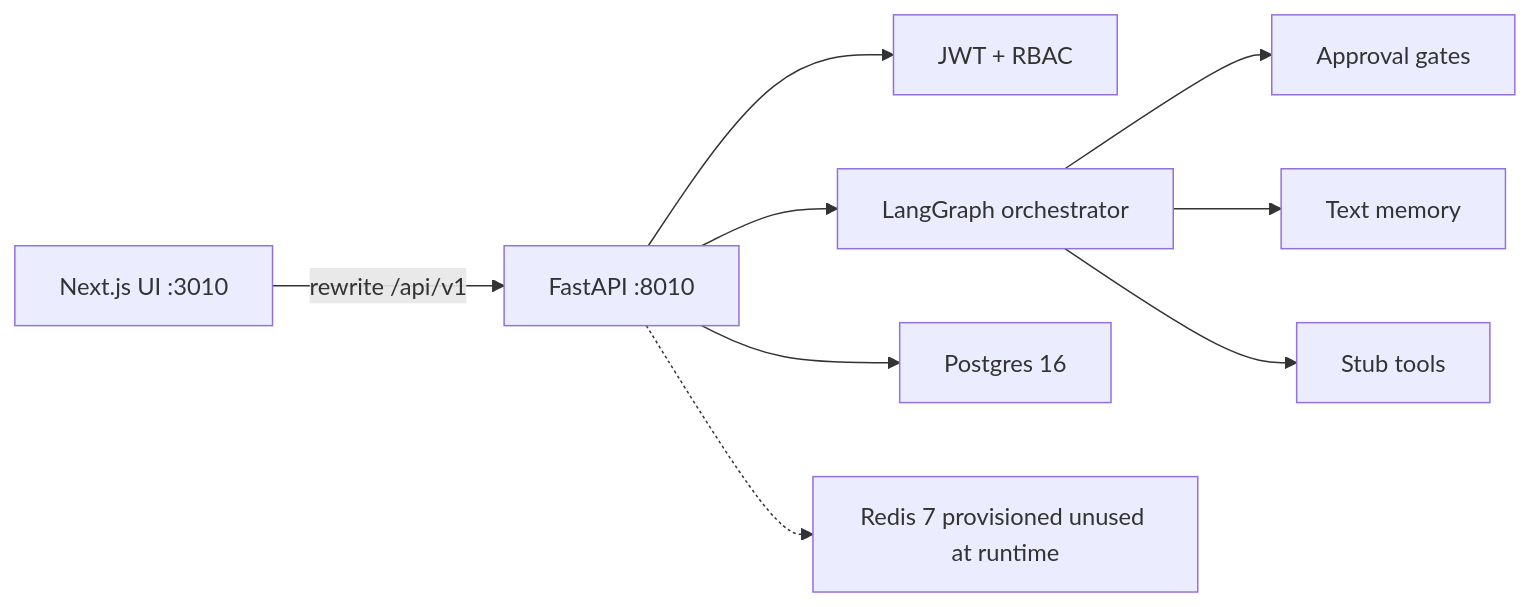
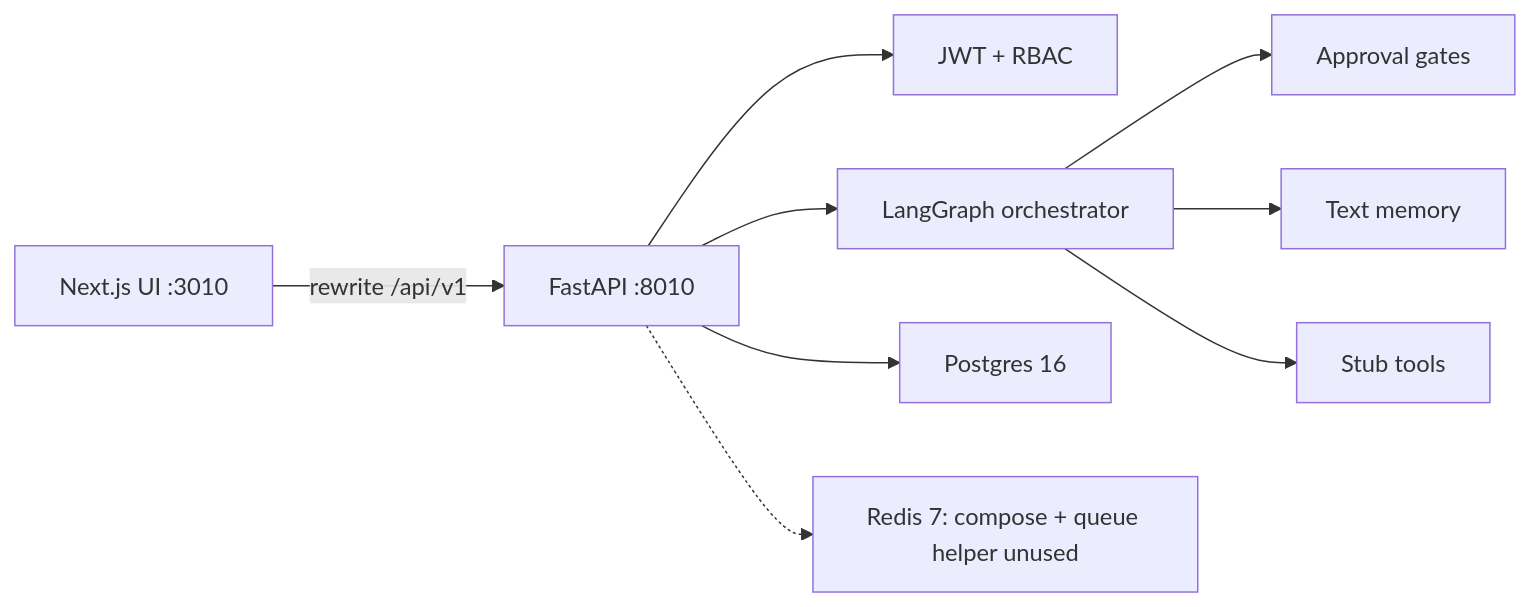
Before and after one commit to kasaam-ali/ALLinONE: the second of 2 diagrams in README.md, drawn with Mermaid. The commit also changed other lines of this file and 8 other files, not shown here.

````diff
--- a/README.md
+++ b/README.md
@@ -120,11 +122,11 @@
 ```mermaid
 flowchart LR
   Browser["Next.js UI :3010"] -->|rewrite /api/v1| API["FastAPI :8010"]
   API --> Auth["JWT + RBAC"]
   API --> Orch["LangGraph orchestrator"]
   Orch --> Gates["Approval gates"]
   Orch --> Mem["Text memory"]
   Orch --> Tools["Stub tools"]
   API --> PG["Postgres 16"]
-  API -.-> Redis["Redis 7 provisioned unused at runtime"]
+  API -.-> Redis["Redis 7: compose + queue helper unused"]
 ```
````
